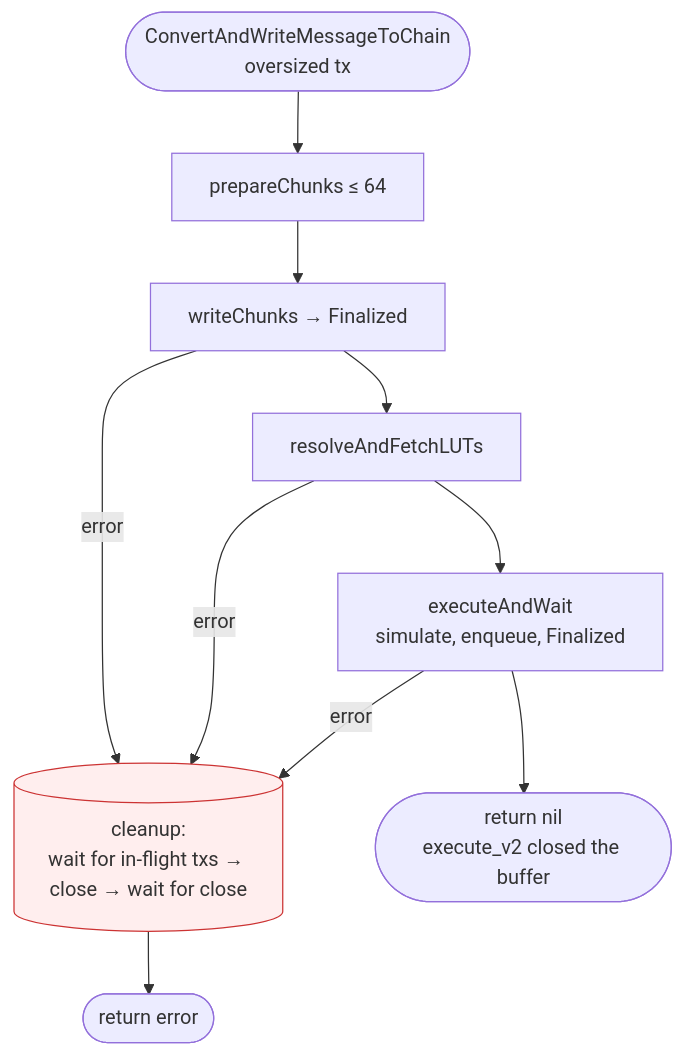
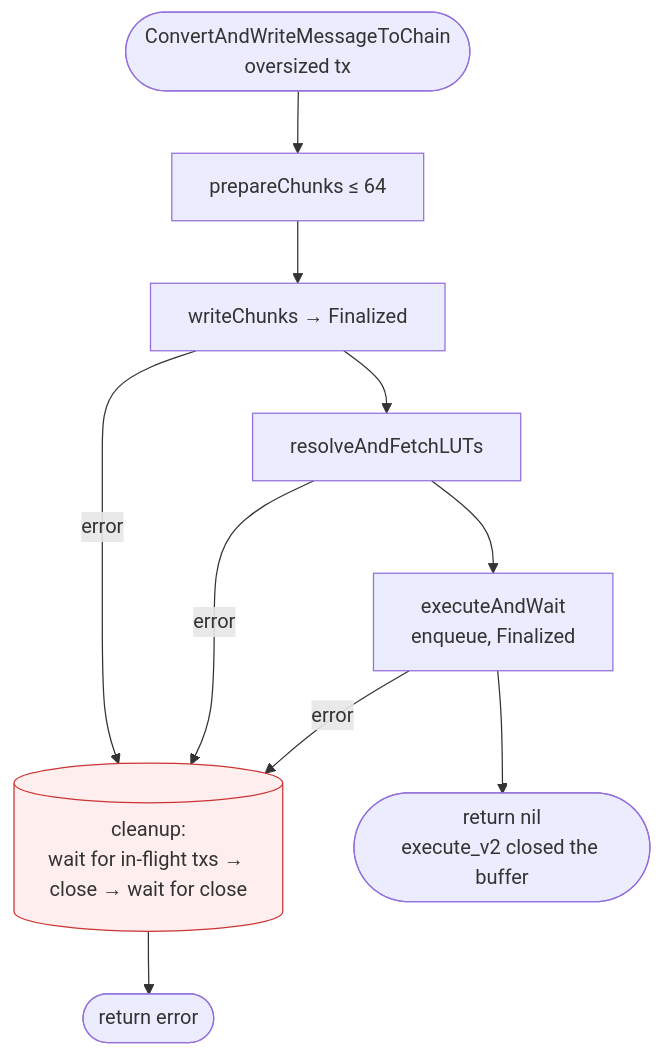
Before and after one commit to smartcontractkit/chainlink-ccip-solana: the diagram in docs/executor/transmitter.md, drawn with Mermaid. The commit also changed other lines of this file and 426 other files, not shown here.

````diff
--- a/docs/executor/transmitter.md
+++ b/docs/executor/transmitter.md
@@ -83,15 +83,15 @@
 ```mermaid
 flowchart TD
     Start([ConvertAndWriteMessageToChain<br/>oversized tx]) --> Prep[prepareChunks ≤ 64]
     Prep --> Write[writeChunks → Finalized]
     Write -- error --> Fail
     Write --> Resolve[resolveAndFetchLUTs]
     Resolve -- error --> Fail
-    Resolve --> Exec[executeAndWait<br/>simulate, enqueue, Finalized]
+    Resolve --> Exec[executeAndWait<br/>enqueue, Finalized]
     Exec -- error --> Fail
     Exec --> OkEnd([return nil<br/>execute_v2 closed the buffer])
     Fail[(cleanup:<br/>wait for in-flight txs → close → wait for close)] --> FailEnd([return error])
 
     classDef fail fill:#fee,stroke:#c33;
     class Fail fail;
 ```
````
